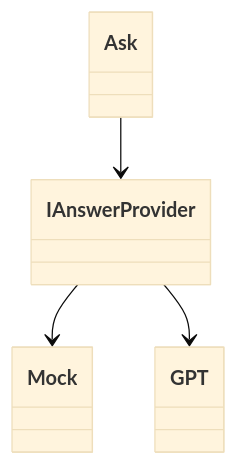
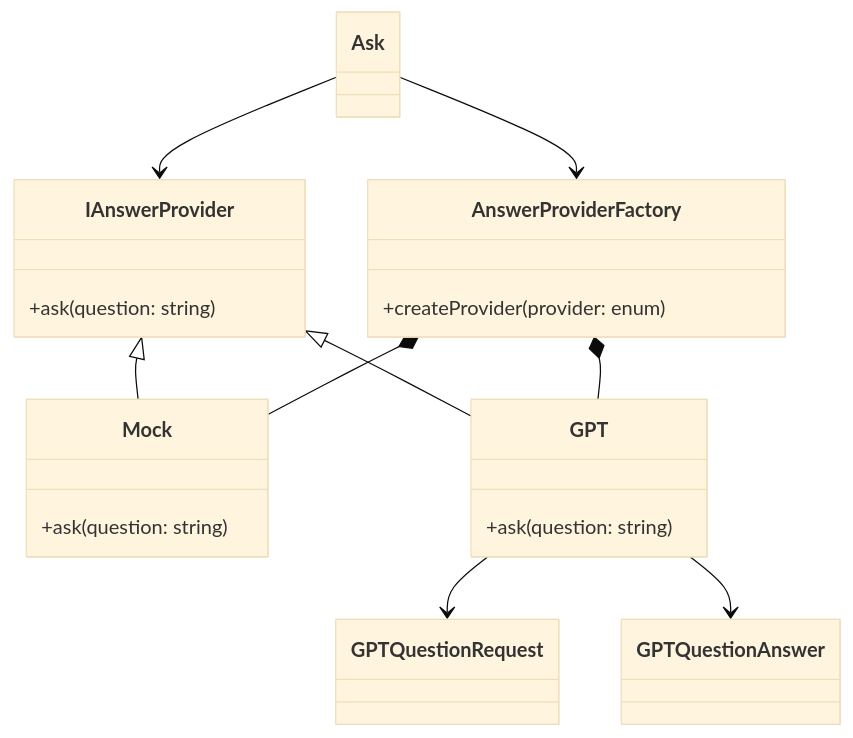
One commit to TheGreatShan/GPT-Cli changed the second of 5 diagrams in readme.md. Above: the diagram before and after it, drawn with Mermaid (base theme). The commit also changed other lines of this file, not shown here.

Commit message:
Refine ask package

````diff
--- a/readme.md
+++ b/readme.md
@@ -42,11 +42,43 @@
 ```mermaid
 classDiagram
   class Ask
   class IAnswerProvider
   class Mock
   class GPT
+  class AnswerProviderFactory
 
   Ask --> IAnswerProvider
-  IAnswerProvider --> Mock
-  IAnswerProvider --> GPT
+  Ask --> AnswerProviderFactory
+  IAnswerProvider <|-- Mock
+  IAnswerProvider <|-- GPT
+
+  AnswerProviderFactory *-- Mock
+  AnswerProviderFactory *-- GPT
+
+  GPT --> GPTQuestionRequest
+  GPT --> GPTQuestionAnswer
+
+  class AnswerProviderFactory{
+        +createProvider(provider: enum)
+  }
+
+  class IAnswerProvider{
+        +ask(question: string)
+  }
+
+  class GPT{
+        +ask(question: string)
+  }
+
+  class Mock{
+        +ask(question: string)
+  }
+
+  class GPTQuestionRequest{
+    
+  }
+
+  class GPTQuestionAnswer{
+    
+  }
 ```
````
